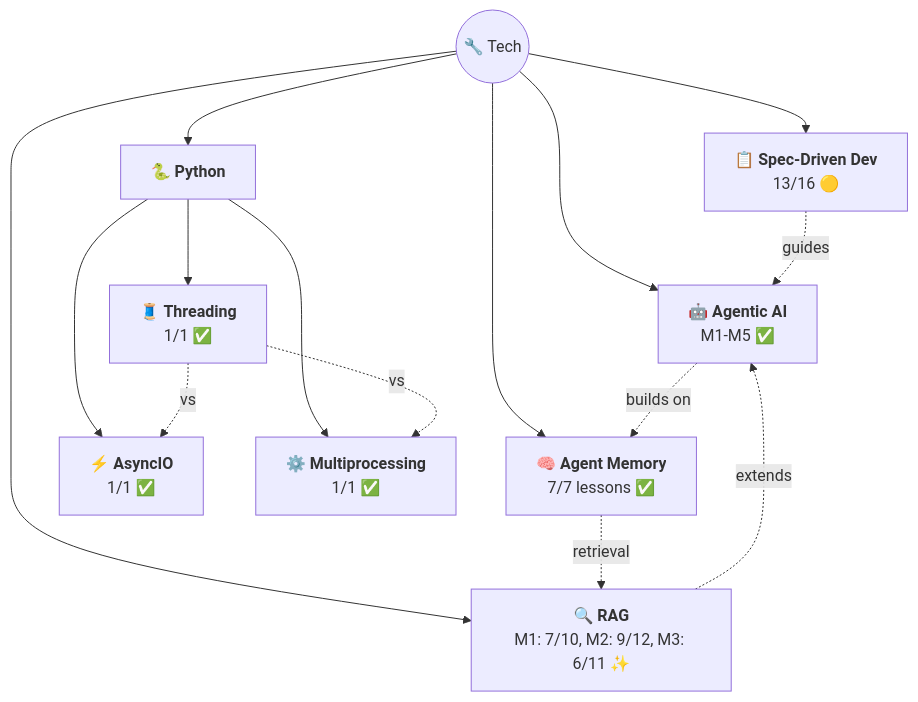
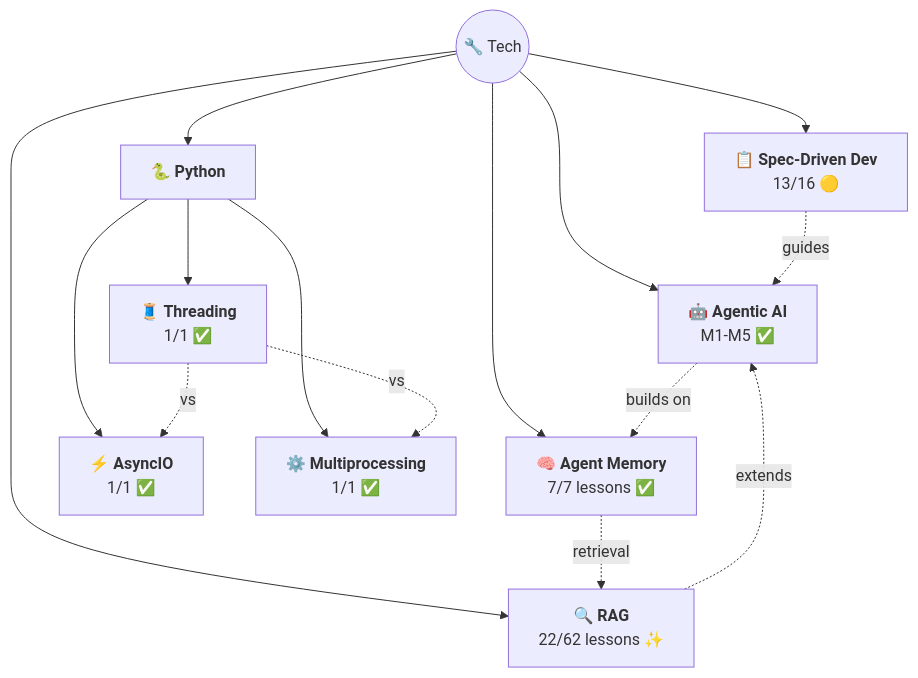
The diagram in tech/README.md (AyushSonuu/my-memory), drawn with Mermaid before and after one commit. The commit also changed other lines of this file and 291 other files, not shown here.

````diff
--- a/tech/README.md
+++ b/tech/README.md
@@ -5,18 +163,18 @@
 ```mermaid
 graph TB
     T(("🔧 Tech"))
     T --> AG["🤖 <b>Agentic AI</b><br/>M1-M5 ✅"]
     T --> AM["🧠 <b>Agent Memory</b><br/>7/7 lessons ✅"]
-    T --> RAG["🔍 <b>RAG</b><br/>M1: 7/10, M2: 9/12, M3: 6/11 ✨"]
+    T --> RAG["🔍 <b>RAG</b><br/>22/62 lessons ✨"]
     T --> PY["🐍 <b>Python</b>"]
     PY --> AIO["⚡ <b>AsyncIO</b><br/>1/1 ✅"]
     PY --> THR["🧵 <b>Threading</b><br/>1/1 ✅"]
     PY --> MP["⚙️ <b>Multiprocessing</b><br/>1/1 ✅"]
     AG -.->|"builds on"| AM
     AM -.->|"retrieval"| RAG
     RAG -.->|"extends"| AG
     T --> SDD["📋 <b>Spec-Driven Dev</b><br/>13/16 🟡"]
     SDD -.->|"guides"| AG
     THR -.->|"vs"| AIO
     THR -.->|"vs"| MP
 ```
````
